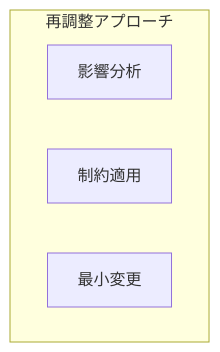
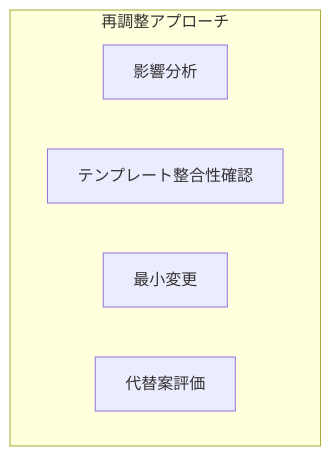
Before and after one commit to NowatariSoma/tomosigoto_nou_system: the seventh of 8 diagrams in 設計書/09_アルゴリズム詳細_1_スケジュール生成.md, drawn with Mermaid. The commit also changed other lines of this file and 12 other files, not shown here.

````diff
--- a/設計書/09_アルゴリズム詳細_1_スケジュール生成.md
+++ b/設計書/09_アルゴリズム詳細_1_スケジュール生成.md
@@ -253,8 +550,9 @@
 ```mermaid
 graph TD
     subgraph ReschedulingApproach[再調整アプローチ]
         Impact[影響分析]
-        Constraint[制約適用]
+        TemplateCheck[テンプレート整合性確認]
         MinAdjust[最小変更]
+        EvaluateAlternatives[代替案評価]
     end
 ```
````
